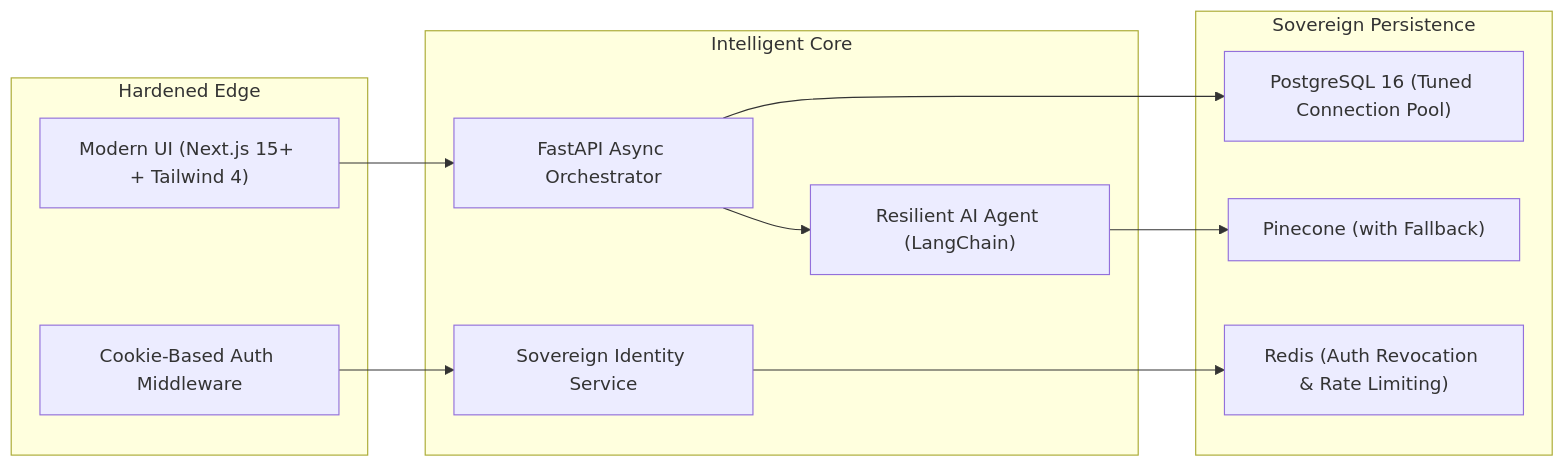
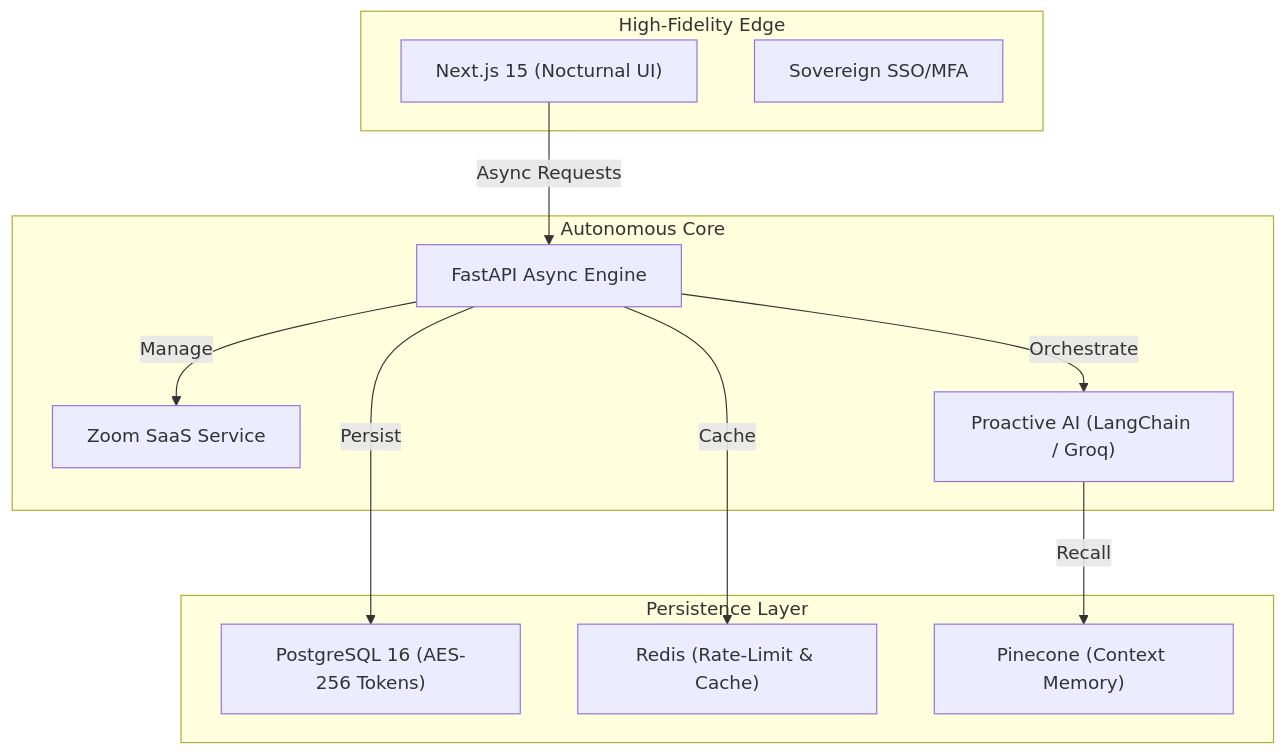
One commit to johan-droid/GraftAI changed the diagram in README.md. Above: the diagram before and after it, drawn with Mermaid. The commit also changed other lines of this file and 115 other files, not shown here.

````diff
--- a/README.md
+++ b/README.md
@@ -73,26 +38,26 @@
 ```mermaid
-graph LR
-    subgraph "Hardened Edge"
-        UI["Modern UI (Next.js 15+ + Tailwind 4)"]
-        Guard["Cookie-Based Auth Middleware"]
+graph TD
+    subgraph "High-Fidelity Edge"
+        UI["Next.js 15 (Nocturnal UI)"]
+        AUTH["Sovereign SSO/MFA"]
     end
 
-    subgraph "Intelligent Core"
-        API["FastAPI Async Orchestrator"]
-        Auth["Sovereign Identity Service"]
-        Agent["Resilient AI Agent (LangChain)"]
+    subgraph "Autonomous Core"
+        API["FastAPI Async Engine"]
+        ZOOM["Zoom SaaS Service"]
+        AGNT["Proactive AI (LangChain / Groq)"]
     end
 
-    subgraph "Sovereign Persistence"
-        RDS["PostgreSQL 16 (Tuned Connection Pool)"]
-        VDB["Pinecone (with Fallback)"]
-        Cache["Redis (Auth Revocation & Rate Limiting)"]
+    subgraph "Persistence Layer"
+        POSTGRES["PostgreSQL 16 (AES-256 Tokens)"]
+        REDIS["Redis (Rate-Limit & Cache)"]
+        VECTOR["Pinecone (Context Memory)"]
     end
 
-    UI --> API
-    Guard --> Auth
-    API --> Agent
-    Agent --> VDB
-    Auth --> Cache
-    API --> RDS
+    UI -->|Async Requests| API
+    API -->|Orchestrate| AGNT
+    API -->|Manage| ZOOM
+    API -->|Persist| POSTGRES
+    API -->|Cache| REDIS
+    AGNT -->|Recall| VECTOR
 ```
````
